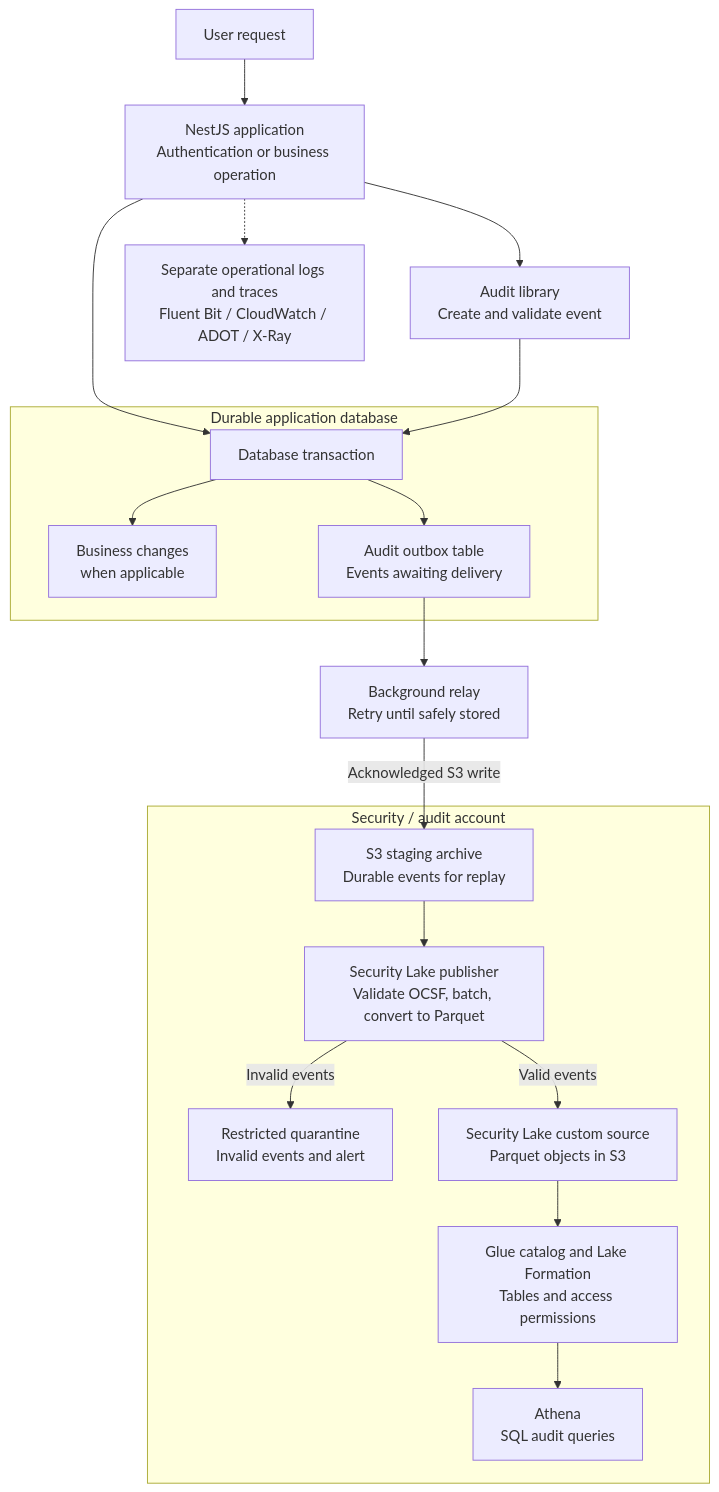
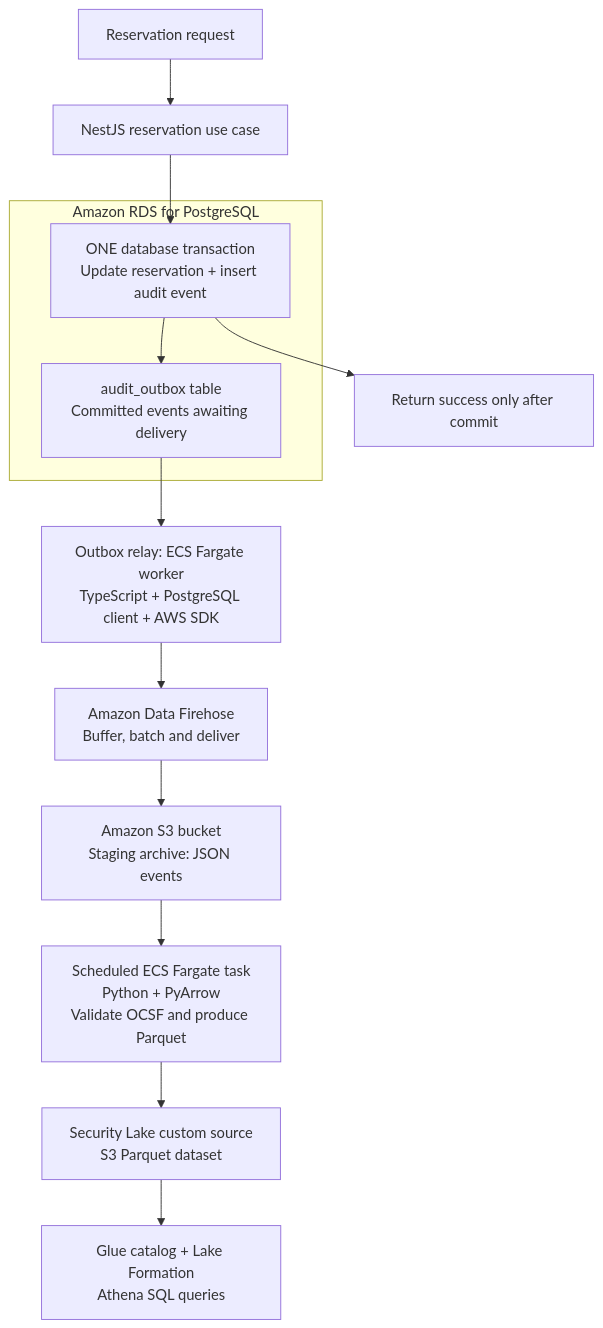
The second of 2 diagrams in docs/analysis/audit-logging-architectures-and-costs.md (movie-reservation-platform-lab/.github), drawn with Mermaid before and after one commit. The commit also changed other lines of this file, not shown here.

Commit message:
[ai] Separate authentication and database audit architectures

````diff
--- a/docs/analysis/audit-logging-architectures-and-costs.md
+++ b/docs/analysis/audit-logging-architectures-and-costs.md
@@ -173,34 +211,19 @@
 ```mermaid
 flowchart TD
-    USER["User request"] --> APP["NestJS application<br/>Authentication or business operation"]
-    APP --> SDK["Audit library<br/>Create and validate event"]
+    REQUEST["Reservation request"] --> APP["NestJS reservation use case"]
 
-    subgraph DB["Durable application database"]
-        TX["Database transaction"]
-        BUSINESS["Business changes<br/>when applicable"]
-        OUTBOX["Audit outbox table<br/>Events awaiting delivery"]
-        TX --> BUSINESS
+    subgraph DB["Amazon RDS for PostgreSQL"]
+        TX["ONE database transaction<br/>Update reservation + insert audit event"]
+        OUTBOX["audit_outbox table<br/>Committed events awaiting delivery"]
         TX --> OUTBOX
     end
 
     APP --> TX
-    SDK --> TX
-    OUTBOX --> RELAY["Background relay<br/>Retry until safely stored"]
-
-    subgraph AUDIT["Security / audit account"]
-        RAW["S3 staging archive<br/>Durable events for replay"]
-        PUB["Security Lake publisher<br/>Validate OCSF, batch, convert to Parquet"]
-        BAD["Restricted quarantine<br/>Invalid events and alert"]
-        LAKE["Security Lake custom source<br/>Parquet objects in S3"]
-        CATALOG["Glue catalog and Lake Formation<br/>Tables and access permissions"]
-        ATHENA["Athena<br/>SQL audit queries"]
-
-        RAW --> PUB
-        PUB -->|Valid events| LAKE
-        PUB -->|Invalid events| BAD
-        LAKE --> CATALOG --> ATHENA
-    end
-
-    RELAY -->|Acknowledged S3 write| RAW
-    APP -.-> OPS["Separate operational logs and traces<br/>Fluent Bit / CloudWatch / ADOT / X-Ray"]
+    TX --> RESPONSE["Return success only after commit"]
+    OUTBOX --> RELAY["Outbox relay: ECS Fargate worker<br/>TypeScript + PostgreSQL client + AWS SDK"]
+    RELAY --> FIREHOSE["Amazon Data Firehose<br/>Buffer, batch and deliver"]
+    FIREHOSE --> STAGING["Amazon S3 bucket<br/>Staging archive: JSON events"]
+    STAGING --> PUBLISHER["Scheduled ECS Fargate task<br/>Python + PyArrow<br/>Validate OCSF and produce Parquet"]
+    PUBLISHER --> LAKE["Security Lake custom source<br/>S3 Parquet dataset"]
+    LAKE --> QUERY["Glue catalog + Lake Formation<br/>Athena SQL queries"]
 ```
````
